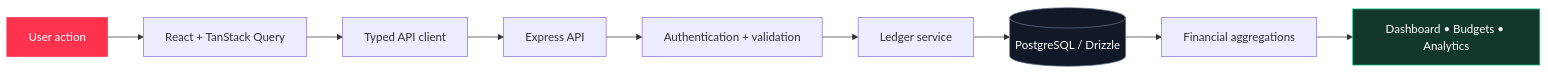
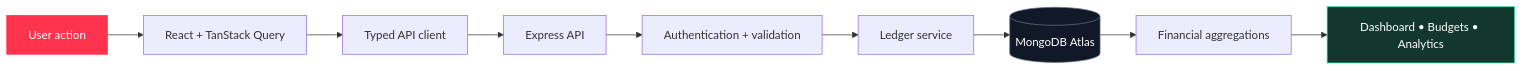
Before and after one commit to QizarBilal/Finance-Intelli: the first of 3 diagrams in README.md, drawn with Mermaid. The commit also changed other lines of this file and 48 other files, not shown here.

Commit message:
Complete MongoDB Atlas migration and restore financial insights

````diff
--- a/README.md
+++ b/README.md
@@ -103,15 +103,15 @@
 ```mermaid
 flowchart LR
     A["User action"] --> B["React + TanStack Query"]
     B --> C["Typed API client"]
     C --> D["Express API"]
     D --> E["Authentication + validation"]
     E --> F["Ledger service"]
-    F --> G[("PostgreSQL / Drizzle")]
+    F --> G[("MongoDB Atlas")]
     G --> H["Financial aggregations"]
     H --> I["Dashboard • Budgets • Analytics"]
 
     style A fill:#ff334e,color:#fff,stroke:#ff334e
     style G fill:#111827,color:#fff,stroke:#64748b
     style I fill:#12372d,color:#fff,stroke:#18d99b
 ```
````
